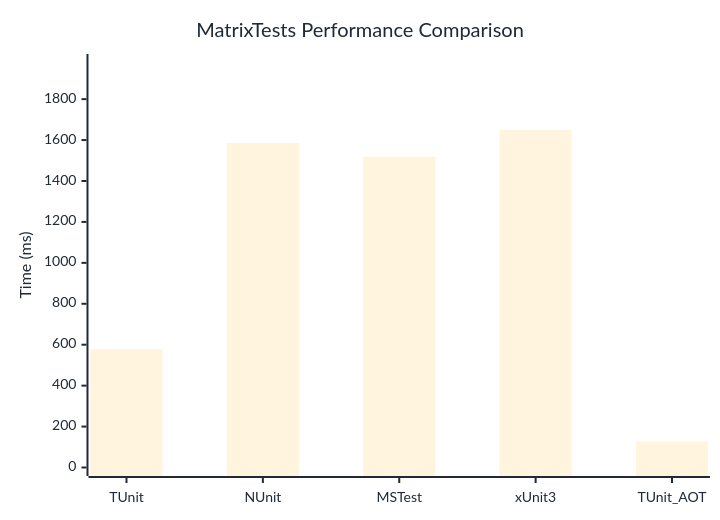
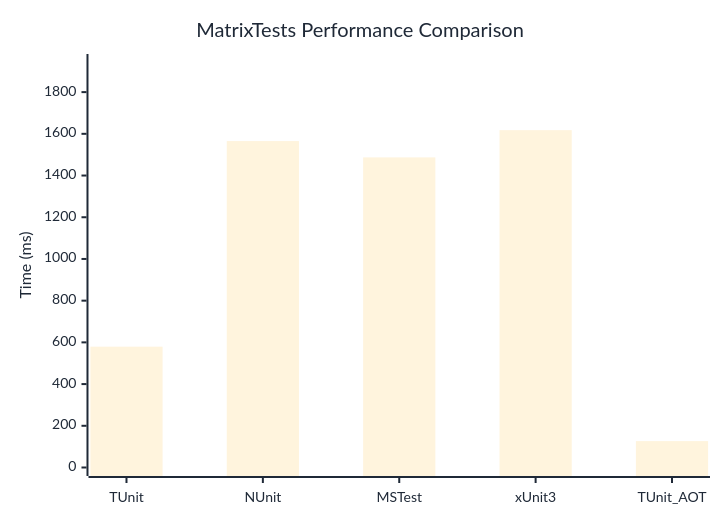
Before and after one commit to weiyilai/TUnit: the diagram in docs/docs/benchmarks/MatrixTests.md, drawn with Mermaid. The commit also changed other lines of this file and 16 other files, not shown here.

````diff
--- a/docs/docs/benchmarks/MatrixTests.md
+++ b/docs/docs/benchmarks/MatrixTests.md
@@ -27,37 +27,37 @@
 ```mermaid
 %%{init: {
   'theme':'base',
   'themeVariables': {
     'primaryColor': '#2563eb',
     'primaryTextColor': '#1f2937',
     'primaryBorderColor': '#1e40af',
     'lineColor': '#6b7280',
     'secondaryColor': '#7c3aed',
     'tertiaryColor': '#dc2626',
     'background': '#ffffff',
     'mainBkg': '#2563eb',
     'secondBkg': '#7c3aed',
     'tertiaryBkg': '#dc2626',
     'clusterBkg': '#f3f4f6',
     'edgeLabelBackground': '#ffffff',
     'tertiaryTextColor': '#1f2937',
     'pie1': '#2563eb',
     'pie2': '#7c3aed',
     'pie3': '#dc2626',
     'pie4': '#f59e0b',
     'pie5': '#10b981',
     'pie6': '#06b6d4',
     'pie7': '#ec4899',
     'pie8': '#6366f1',
     'pie9': '#84cc16',
     'pie10': '#f97316',
     'pie11': '#14b8a6',
     'pie12': '#a855f7'
   }
 }}%%
 xychart-beta
   title "MatrixTests Performance Comparison"
   x-axis ["TUnit", "NUnit", "MSTest", "xUnit3", "TUnit_AOT"]
-  y-axis "Time (ms)" 0 --> 1979
-  bar [578.4, 1586, 1518.5, 1648.9, 127.1]
+  y-axis "Time (ms)" 0 --> 1942
+  bar [579.4, 1565.2, 1487, 1617.6, 126.6]
 ```
````
